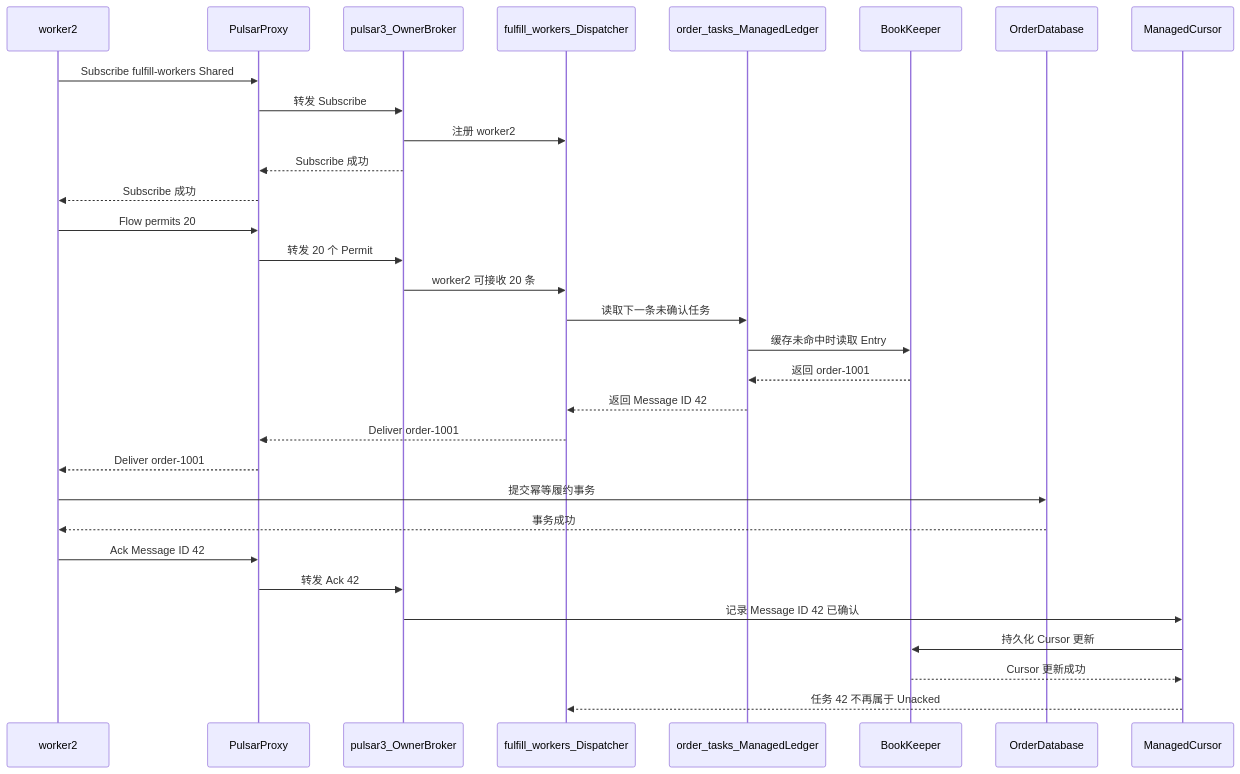
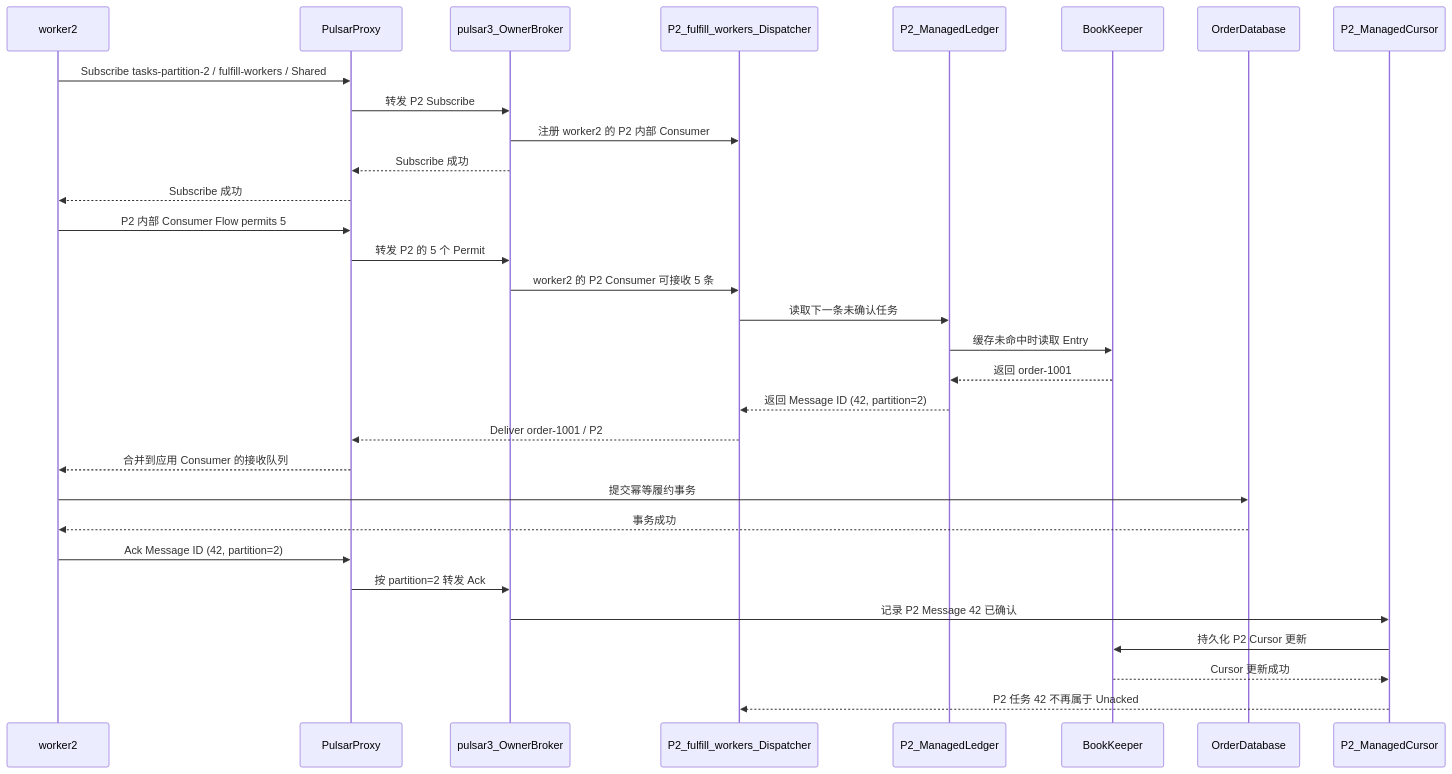
One commit to hotttao/backup changed the second of 2 diagrams in posts/microservices/queue/033_pulsar_task_queue_implementation.md. Above: the diagram before and after it, drawn with Mermaid. The commit also changed other lines of this file and 1 other file, not shown here.

Commit message:
pulsar 第二篇

````diff
--- a/posts/microservices/queue/033_pulsar_task_queue_implementation.md
+++ b/posts/microservices/queue/033_pulsar_task_queue_implementation.md
@@ -89,33 +148,33 @@
 ```mermaid
 sequenceDiagram
     participant worker2
     participant PulsarProxy
     participant pulsar3_OwnerBroker
-    participant fulfill_workers_Dispatcher
-    participant order_tasks_ManagedLedger
+    participant P2_fulfill_workers_Dispatcher
+    participant P2_ManagedLedger
     participant BookKeeper
     participant OrderDatabase
-    participant ManagedCursor
-    worker2->>PulsarProxy: Subscribe fulfill-workers Shared
-    PulsarProxy->>pulsar3_OwnerBroker: 转发 Subscribe
-    pulsar3_OwnerBroker->>fulfill_workers_Dispatcher: 注册 worker2
+    participant P2_ManagedCursor
+    worker2->>PulsarProxy: Subscribe tasks-partition-2 / fulfill-workers / Shared
+    PulsarProxy->>pulsar3_OwnerBroker: 转发 P2 Subscribe
+    pulsar3_OwnerBroker->>P2_fulfill_workers_Dispatcher: 注册 worker2 的 P2 内部 Consumer
     pulsar3_OwnerBroker-->>PulsarProxy: Subscribe 成功
     PulsarProxy-->>worker2: Subscribe 成功
-    worker2->>PulsarProxy: Flow permits 20
-    PulsarProxy->>pulsar3_OwnerBroker: 转发 20 个 Permit
-    pulsar3_OwnerBroker->>fulfill_workers_Dispatcher: worker2 可接收 20 条
-    fulfill_workers_Dispatcher->>order_tasks_ManagedLedger: 读取下一条未确认任务
-    order_tasks_ManagedLedger->>BookKeeper: 缓存未命中时读取 Entry
-    BookKeeper-->>order_tasks_ManagedLedger: 返回 order-1001
-    order_tasks_ManagedLedger-->>fulfill_workers_Dispatcher: 返回 Message ID 42
-    fulfill_workers_Dispatcher-->>PulsarProxy: Deliver order-1001
-    PulsarProxy-->>worker2: Deliver order-1001
+    worker2->>PulsarProxy: P2 内部 Consumer Flow permits 5
+    PulsarProxy->>pulsar3_OwnerBroker: 转发 P2 的 5 个 Permit
+    pulsar3_OwnerBroker->>P2_fulfill_workers_Dispatcher: worker2 的 P2 Consumer 可接收 5 条
+    P2_fulfill_workers_Dispatcher->>P2_ManagedLedger: 读取下一条未确认任务
+    P2_ManagedLedger->>BookKeeper: 缓存未命中时读取 Entry
+    BookKeeper-->>P2_ManagedLedger: 返回 order-1001
+    P2_ManagedLedger-->>P2_fulfill_workers_Dispatcher: 返回 Message ID (42, partition=2)
+    P2_fulfill_workers_Dispatcher-->>PulsarProxy: Deliver order-1001 / P2
+    PulsarProxy-->>worker2: 合并到应用 Consumer 的接收队列
     worker2->>OrderDatabase: 提交幂等履约事务
     OrderDatabase-->>worker2: 事务成功
-    worker2->>PulsarProxy: Ack Message ID 42
-    PulsarProxy->>pulsar3_OwnerBroker: 转发 Ack 42
-    pulsar3_OwnerBroker->>ManagedCursor: 记录 Message ID 42 已确认
-    ManagedCursor->>BookKeeper: 持久化 Cursor 更新
-    BookKeeper-->>ManagedCursor: Cursor 更新成功
-    ManagedCursor-->>fulfill_workers_Dispatcher: 任务 42 不再属于 Unacked
+    worker2->>PulsarProxy: Ack Message ID (42, partition=2)
+    PulsarProxy->>pulsar3_OwnerBroker: 按 partition=2 转发 Ack
+    pulsar3_OwnerBroker->>P2_ManagedCursor: 记录 P2 Message 42 已确认
+    P2_ManagedCursor->>BookKeeper: 持久化 P2 Cursor 更新
+    BookKeeper-->>P2_ManagedCursor: Cursor 更新成功
+    P2_ManagedCursor-->>P2_fulfill_workers_Dispatcher: P2 任务 42 不再属于 Unacked
 ```
````
